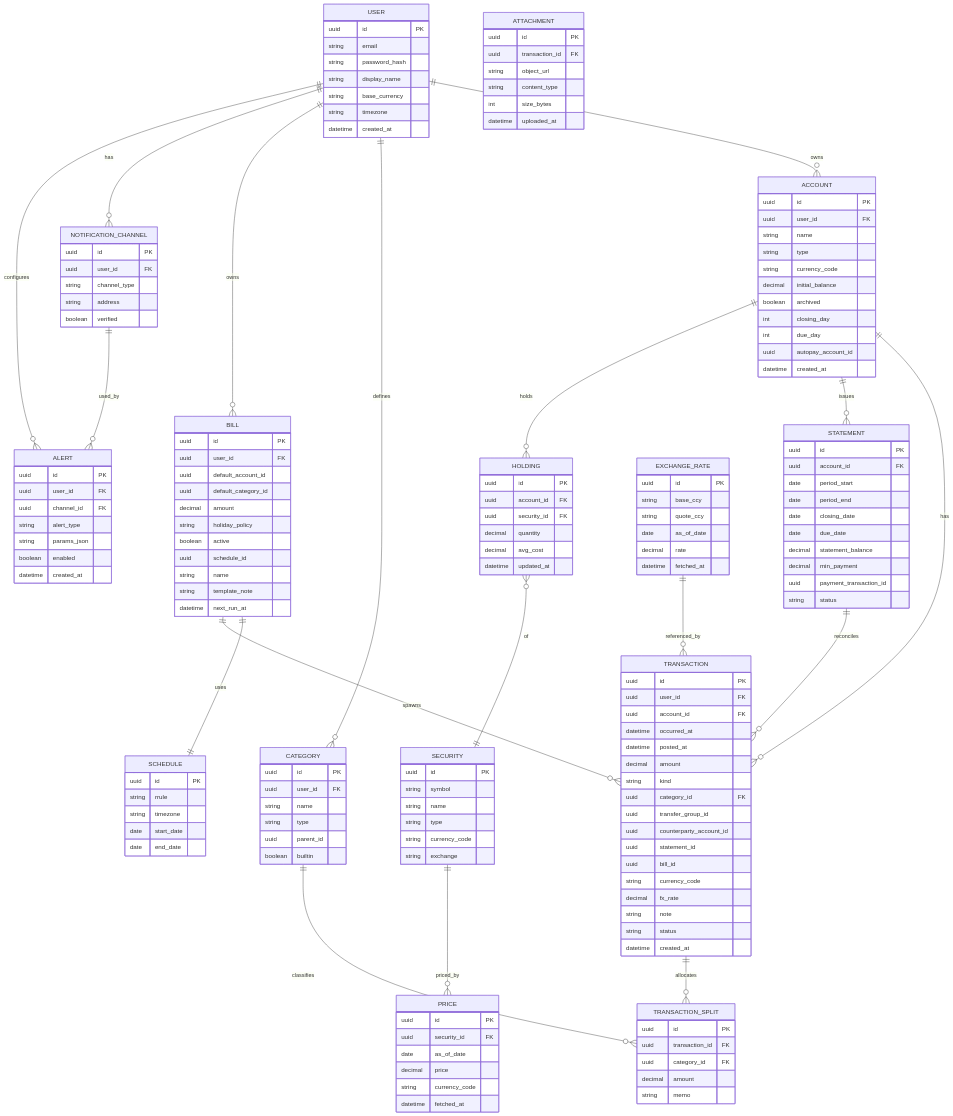
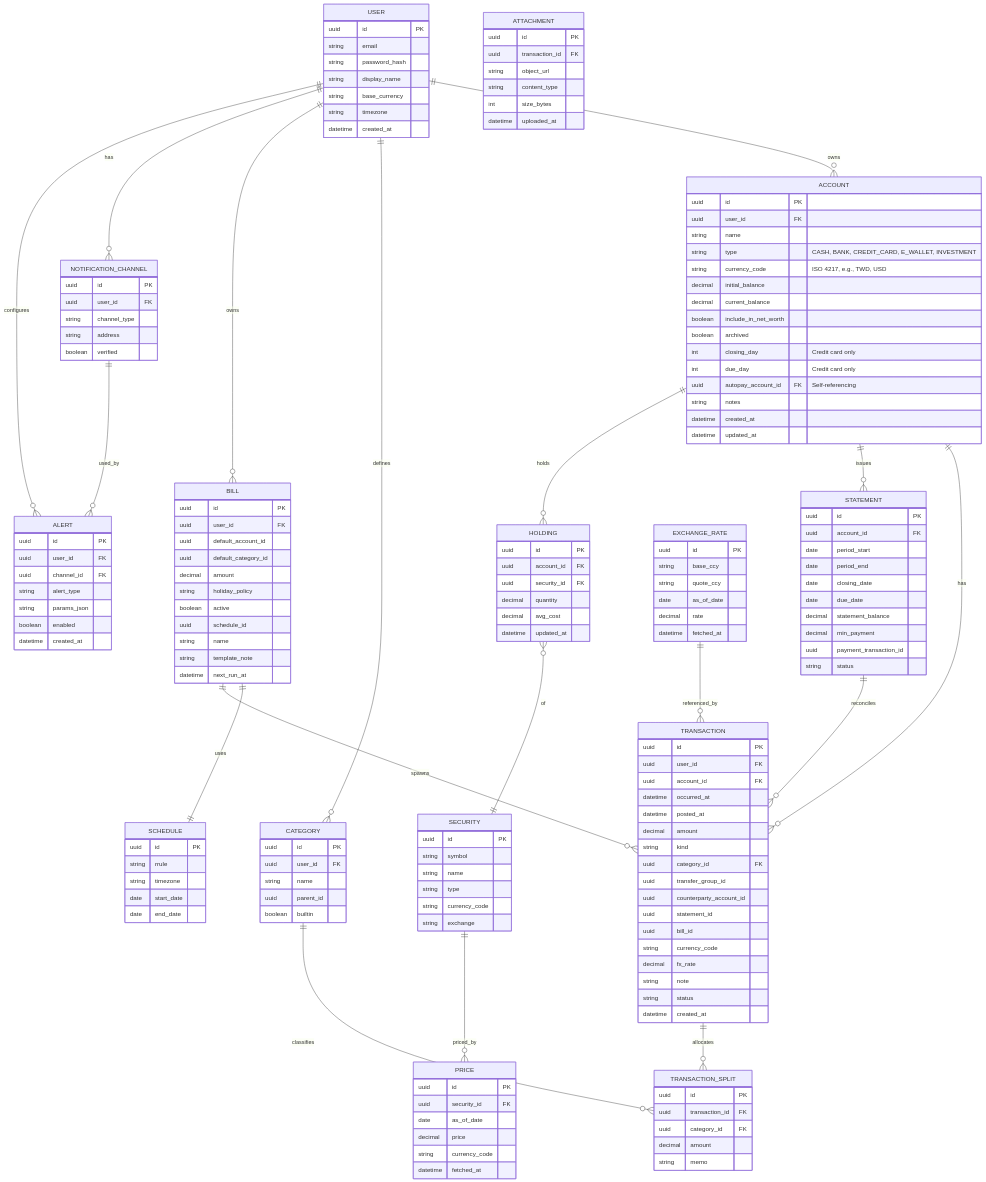
One commit to WIse4466/pocketfolio changed the fourth of 4 diagrams in docs/architecture/technical-sketch.md. Above: the diagram before and after it, drawn with Mermaid. The commit also changed 16 other files, not shown here.

```diff
--- a/docs/architecture/technical-sketch.md
+++ b/docs/architecture/technical-sketch.md
@@ -160,21 +160,24 @@
     uuid id PK
     uuid user_id FK
     string name
-    string type
-    string currency_code
+    string type "CASH, BANK, CREDIT_CARD, E_WALLET, INVESTMENT"
+    string currency_code "ISO 4217, e.g., TWD, USD"
     decimal initial_balance
+    decimal current_balance
+    boolean include_in_net_worth
     boolean archived
-    int closing_day
-    int due_day
-    uuid autopay_account_id
+    int closing_day "Credit card only"
+    int due_day "Credit card only"
+    uuid autopay_account_id FK "Self-referencing"
+    string notes
     datetime created_at
+    datetime updated_at
   }
 
   CATEGORY {
     uuid id PK
     uuid user_id FK
     string name
-    string type
     uuid parent_id
     boolean builtin
   }
```
